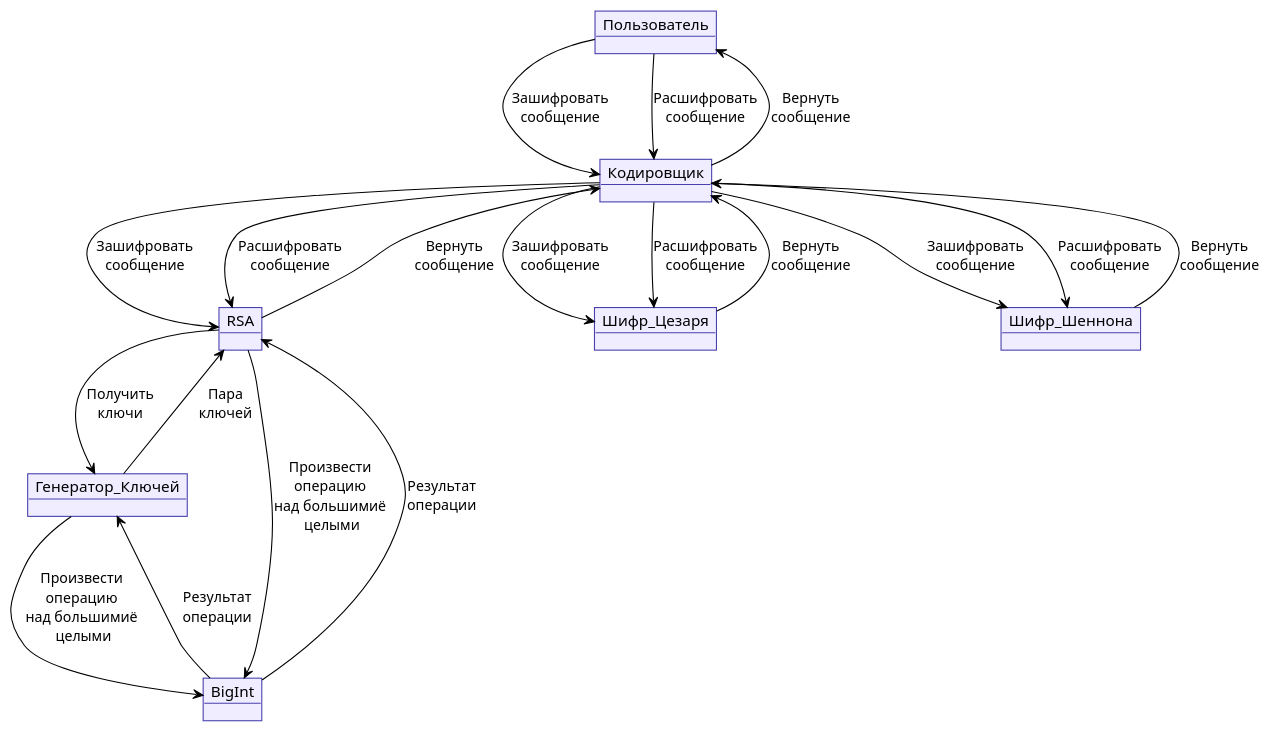
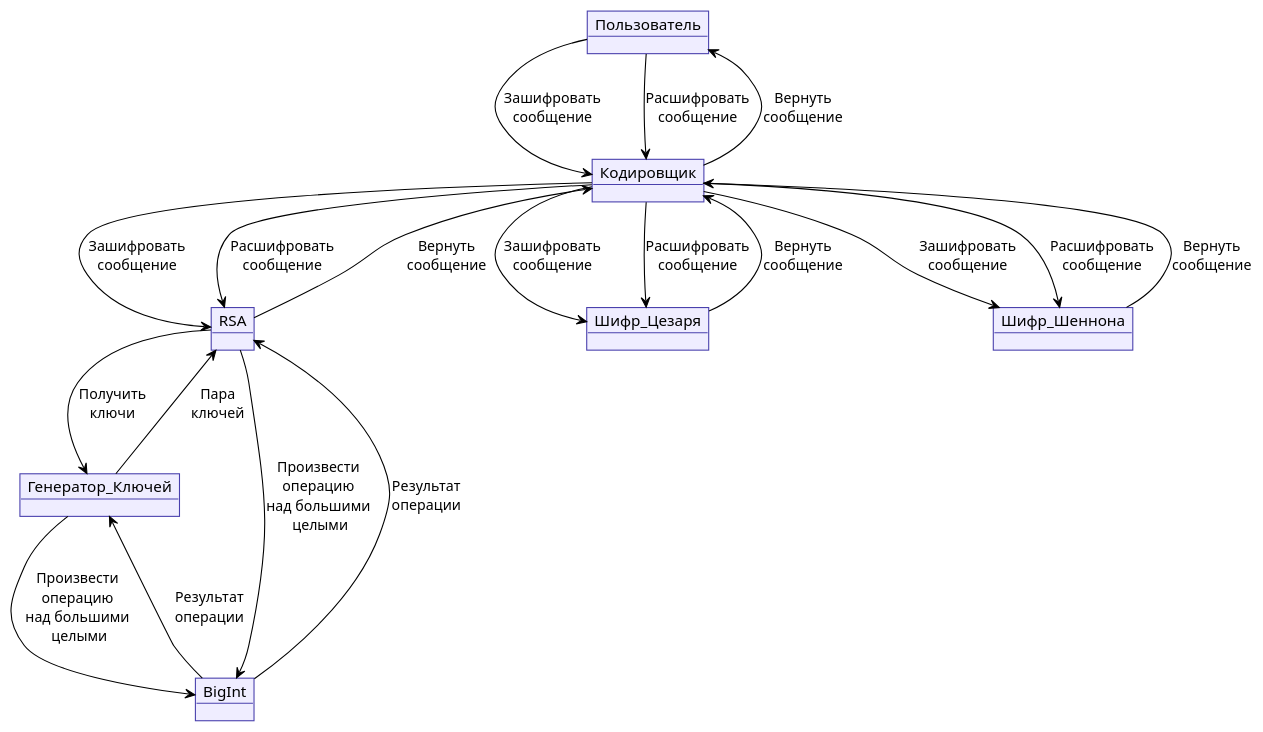
The diagram in Diagrams/objects.puml (RNEvok/Encryption), drawn with PlantUML before and after one commit. The commit also changed 1 other file, not shown here.

Commit message:
Поправил опечатки и недостатки в диаграмах

```diff
--- a/Diagrams/objects.puml
+++ b/Diagrams/objects.puml
@@ -1,39 +1,39 @@
 @startuml Объектная модель
   !theme plain
   skinparam BackgroundColor #fff
   skinparam ObjectBorderColor #4940ad
   skinparam ObjectBackgroundColor #efedff
   skinparam Handwritten false
 
   object Пользователь
   object Кодировщик
   object RSA
   object Шифр_Цезаря
   object Шифр_Шеннона
   object Генератор_Ключей
   object BigInt
 
   Пользователь --> Кодировщик : "Зашифровать\nсообщение"
   Пользователь --> Кодировщик : "Расшифровать\nсообщение"
   Пользователь <-- Кодировщик : "Вернуть\nсообщение"
 
   Кодировщик --> RSA : "Зашифровать\nсообщение"
   Кодировщик --> RSA : "Расшифровать\nсообщение"
   Кодировщик <-- RSA : "Вернуть\nсообщение"
 
   Кодировщик --> Шифр_Цезаря : "Зашифровать\nсообщение"
   Кодировщик --> Шифр_Цезаря : "Расшифровать\nсообщение"
   Кодировщик <-- Шифр_Цезаря : "Вернуть\nсообщение"
 
   Кодировщик --> Шифр_Шеннона : "Зашифровать\nсообщение"
   Кодировщик --> Шифр_Шеннона : "Расшифровать\nсообщение"
   Кодировщик <-- Шифр_Шеннона : "Вернуть\nсообщение"
 
   RSA --> Генератор_Ключей : "Получить\nключи"
   RSA <-- Генератор_Ключей : "Пара\nключей"
-  RSA --> BigInt : "Произвести\nоперацию\nнад большимиё\n целыми"
+  RSA --> BigInt : "Произвести\nоперацию\nнад большими\n целыми"
   RSA <-- BigInt : "Результат\nоперации"
-  Генератор_Ключей --> BigInt : "Произвести\nоперацию\nнад большимиё\n целыми"
+  Генератор_Ключей --> BigInt : "Произвести\nоперацию\nнад большими\n целыми"
   Генератор_Ключей <-- BigInt : "Результат\nоперации"
   
 @enduml
```
